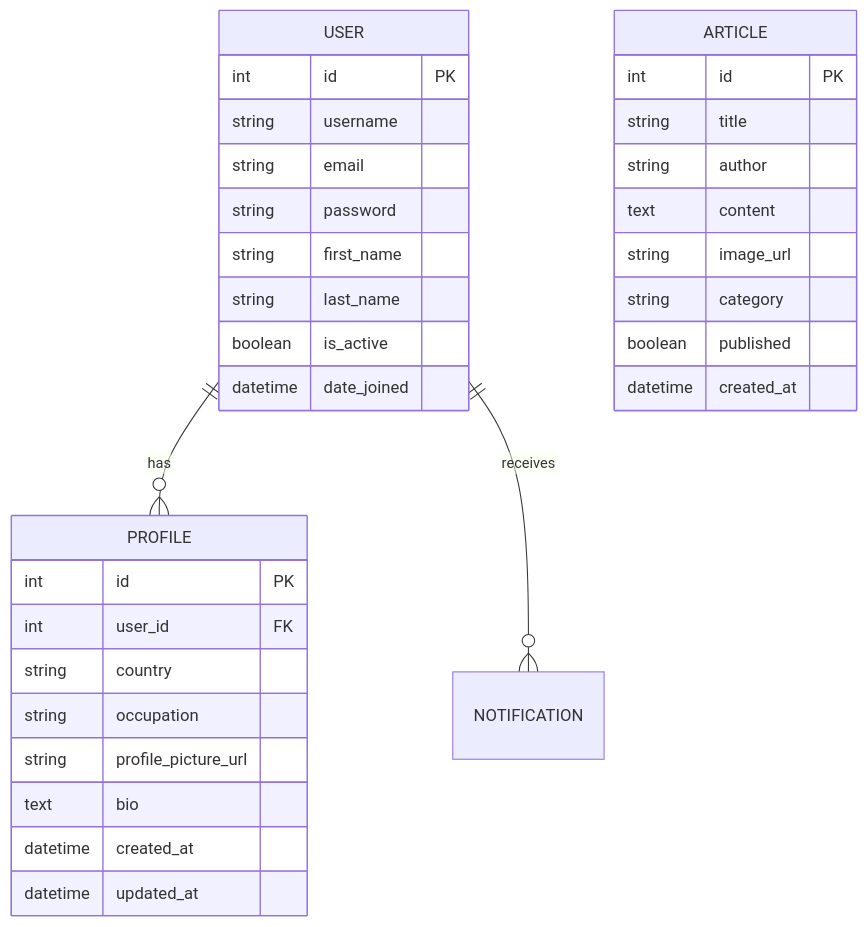
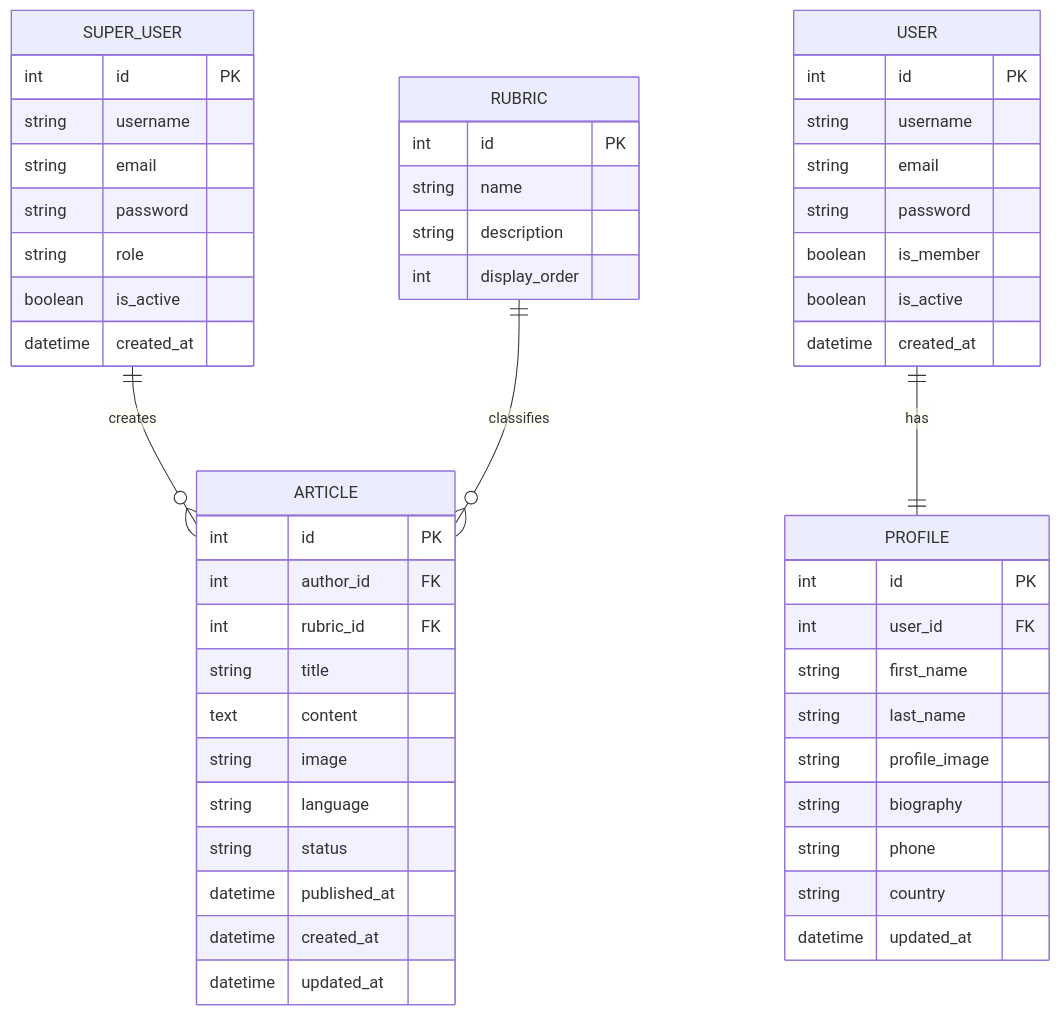
The second of 4 diagrams in README.md (Gigi-Corlay/portfolioLionessMagazine), drawn with Mermaid before and after one commit.

Commit message:
Update ERD to include SUPER_USER and RUBRIC
Added SUPER_USER and RUBRIC entities to ERD in README.

````diff
--- a/README.md
+++ b/README.md
@@ -80,38 +80,60 @@
 ```mermaid
 erDiagram
-    USER ||--o{ PROFILE : has
-    USER ||--o{ NOTIFICATION : receives
-    
+
+    SUPER_USER {
+        int id PK
+        string username
+        string email
+        string password
+        string role
+        boolean is_active
+        datetime created_at
+    }
+
     USER {
         int id PK
         string username
         string email
         string password
-        string first_name
-        string last_name
+        boolean is_member
         boolean is_active
-        datetime date_joined
+        datetime created_at
     }
 
     PROFILE {
         int id PK
         int user_id FK
+        string first_name
+        string last_name
+        string profile_image
+        string biography
+        string phone
         string country
-        string occupation
-        string profile_picture_url
-        text bio
+        datetime updated_at
+    }
+
+    RUBRIC {
+        int id PK
+        string name
+        string description
+        int display_order
+    }
+
+    ARTICLE {
+        int id PK
+        int author_id FK
+        int rubric_id FK
+        string title
+        text content
+        string image
+        string language
+        string status
+        datetime published_at
         datetime created_at
         datetime updated_at
     }
 
-    ARTICLE {
-        int id PK
-        string title
-        string author
-        text content
-        string image_url
-        string category
-        boolean published
-        datetime created_at
-    }
+    USER ||--|| PROFILE : has
+    SUPER_USER ||--o{ ARTICLE : creates
+    RUBRIC ||--o{ ARTICLE : classifies
 ```
````
